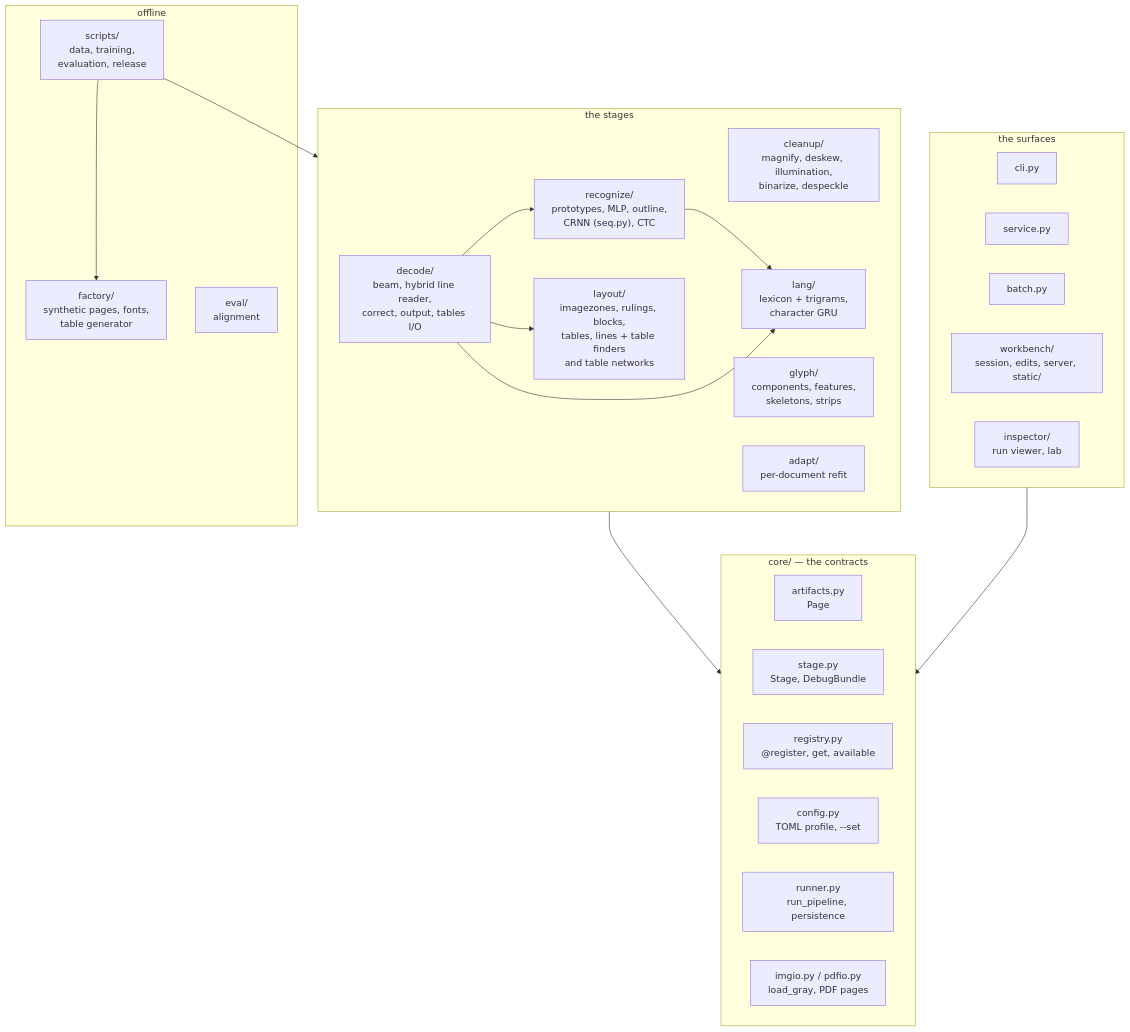
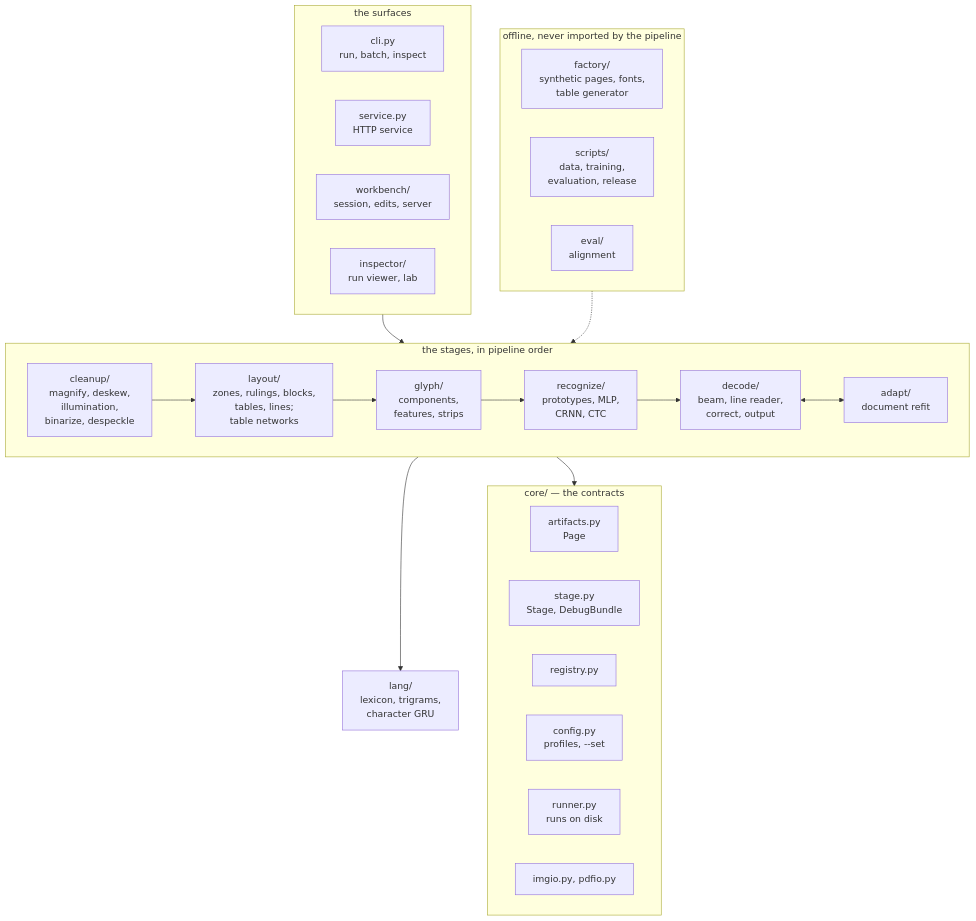
One commit to msharpe248/mlws-ocr changed the second of 13 diagrams in docs/ARCHITECTURE.md. Above: the diagram before and after it, drawn with Mermaid. The commit also changed other lines of this file, not shown here.

Commit message:
ARCHITECTURE.md: the system and package diagrams redrawn as layers (one edge between groups, no crossing wires); the runs/<id>/ placeholder no longer vanishes in Mermaid
Claude-Session: https://claude.ai/code/session_015T2Wk64nQEYnP1PzVdZgeW

````diff
--- a/docs/ARCHITECTURE.md
+++ b/docs/ARCHITECTURE.md
@@ -76,40 +76,41 @@
 ```mermaid
 flowchart TB
+    subgraph surfaces["the surfaces"]
+        direction LR
+        cli["cli.py<br/>run, batch, inspect"]
+        service["service.py<br/>HTTP service"]
+        workbench["workbench/<br/>session, edits, server"]
+        inspector["inspector/<br/>run viewer, lab"]
+    end
+    subgraph stages["the stages, in pipeline order"]
+        direction LR
+        cleanup["cleanup/<br/>magnify, deskew,<br/>illumination,<br/>binarize, despeckle"]
+        layout["layout/<br/>zones, rulings, blocks,<br/>tables, lines;<br/>table networks"]
+        glyph["glyph/<br/>components,<br/>features, strips"]
+        recognize["recognize/<br/>prototypes, MLP,<br/>CRNN, CTC"]
+        decode["decode/<br/>beam, line reader,<br/>correct, output"]
+        adapt["adapt/<br/>document refit"]
+        cleanup --> layout --> glyph --> recognize --> decode
+        decode <--> adapt
+    end
+    lang["lang/<br/>lexicon, trigrams,<br/>character GRU"]
     subgraph core["core/ — the contracts"]
+        direction LR
         artifacts["artifacts.py<br/>Page"]
         stage["stage.py<br/>Stage, DebugBundle"]
-        registry["registry.py<br/>@register, get, available"]
-        config["config.py<br/>TOML profile, --set"]
-        runner["runner.py<br/>run_pipeline, persistence"]
-        imgio["imgio.py / pdfio.py<br/>load_gray, PDF pages"]
+        registry["registry.py"]
+        config["config.py<br/>profiles, --set"]
+        runner["runner.py<br/>runs on disk"]
+        imgio["imgio.py, pdfio.py"]
     end
-    subgraph stages["the stages"]
-        cleanup["cleanup/<br/>magnify, deskew, illumination,<br/>binarize, despeckle"]
-        layout["layout/<br/>imagezones, rulings, blocks,<br/>tables, lines + table finders<br/>and table networks"]
-        glyph["glyph/<br/>components, features,<br/>skeletons, strips"]
-        recognize["recognize/<br/>prototypes, MLP, outline,<br/>CRNN (seq.py), CTC"]
-        lang["lang/<br/>lexicon + trigrams,<br/>character GRU"]
-        decode["decode/<br/>beam, hybrid line reader,<br/>correct, output, tables I/O"]
-        adapt["adapt/<br/>per-document refit"]
+    subgraph offline["offline, never imported by the pipeline"]
+        direction LR
+        factory["factory/<br/>synthetic pages, fonts,<br/>table generator"]
+        scripts["scripts/<br/>data, training,<br/>evaluation, release"]
+        evalpkg["eval/<br/>alignment"]
     end
-    subgraph surfaces["the surfaces"]
-        cli["cli.py"]
-        service["service.py"]
-        batch["batch.py"]
-        workbench["workbench/<br/>session, edits, server, static/"]
-        inspector["inspector/<br/>run viewer, lab"]
-    end
-    subgraph offline["offline"]
-        factory["factory/<br/>synthetic pages, fonts,<br/>table generator"]
-        evalpkg["eval/<br/>alignment"]
-        scripts["scripts/<br/>data, training,<br/>evaluation, release"]
-    end
+    surfaces --> stages
+    decode --> lang
     stages --> core
-    surfaces --> core
-    recognize --> lang
-    decode --> recognize
-    decode --> lang
-    decode --> layout
-    scripts --> stages
-    scripts --> factory
+    offline -.-> stages
 ```
````
